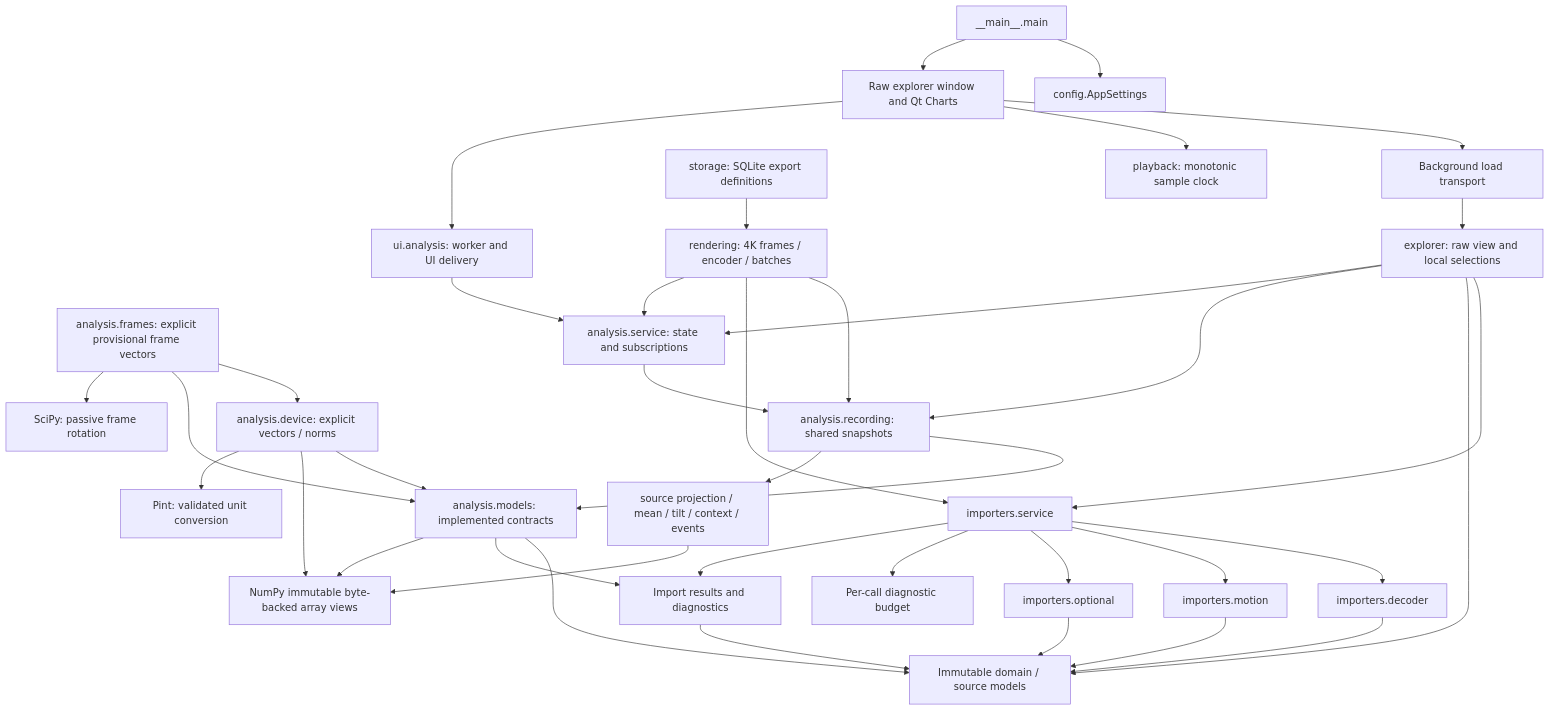
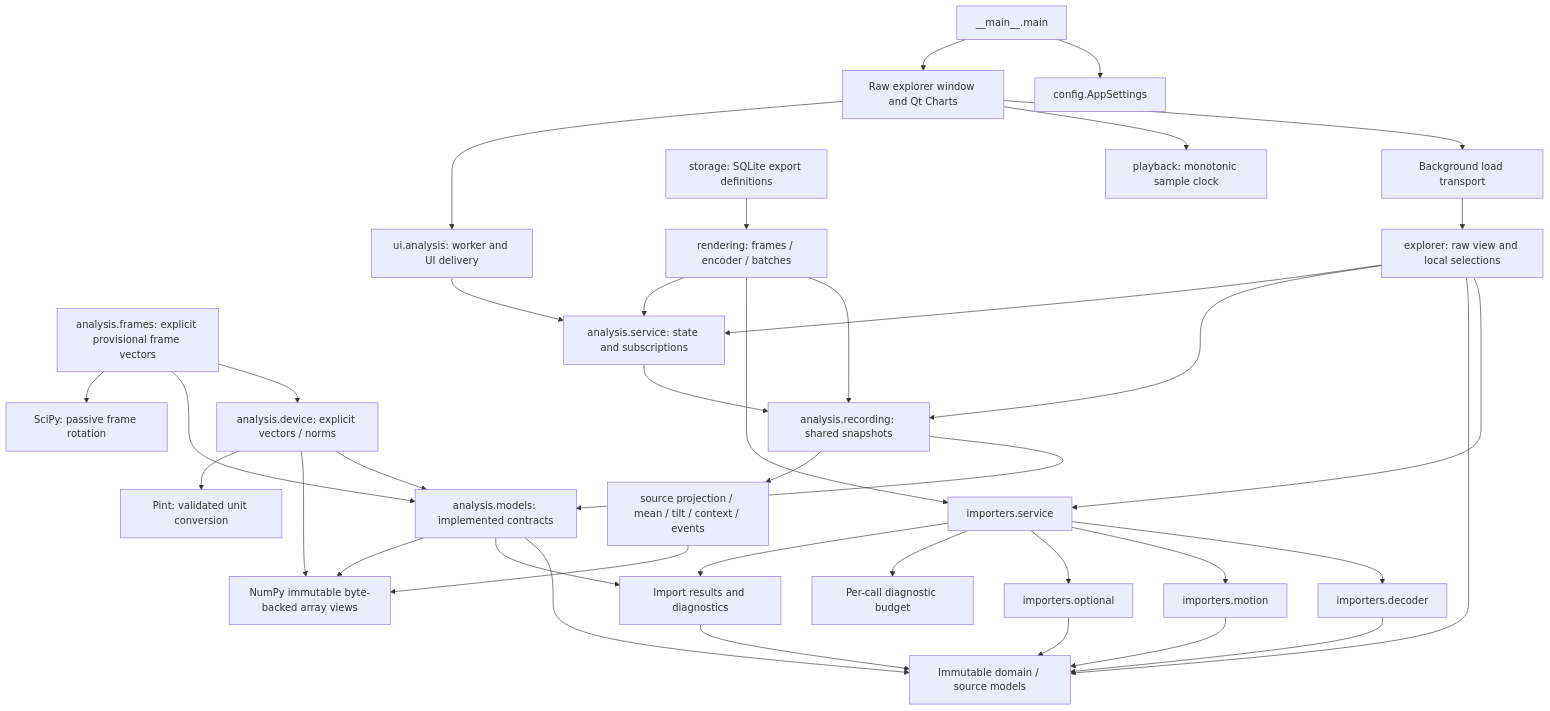
One commit to rudnerbjoern/ride-forces-analyzer changed the diagram in docs/architecture/05_building_block_view.md. Above: the diagram before and after it, drawn with Mermaid. The commit also changed other lines of this file and 46 other files, not shown here.

First line of the commit message:
:zap: perf(rendering): export native HUD frames with configurable render jobs

````diff
--- a/docs/architecture/05_building_block_view.md
+++ b/docs/architecture/05_building_block_view.md
@@ -7,40 +7,40 @@
 ```mermaid
 flowchart TB
     Entry["__main__.main"] --> Settings["config.AppSettings"]
     Entry --> Qt["Raw explorer window and Qt Charts"]
     Qt --> Worker["Background load transport"]
     Worker --> Presentation["explorer: raw view and local selections"]
     Presentation --> Service
     Presentation --> Domain
     Service["importers.service"] --> Decoder["importers.decoder"]
     Service --> Motion["importers.motion"]
     Service --> Optional["importers.optional"]
     Service --> Budget["Per-call diagnostic budget"]
     Service --> Results["Import results and diagnostics"]
     Decoder --> Domain["Immutable domain / source models"]
     Motion --> Domain
     Optional --> Domain
     Results --> Domain
     Analysis["analysis.models: implemented contracts"] --> Domain
     Analysis --> Results
     Analysis --> NumPy["NumPy immutable byte-backed array views"]
     Device["analysis.device: explicit vectors / norms"] --> Analysis
     Device --> NumPy
     Device --> Pint["Pint: validated unit conversion"]
     Frames["analysis.frames: explicit provisional frame vectors"] --> Device
     Frames --> Analysis
     Frames --> SciPy["SciPy: passive frame rotation"]
     Storage["storage: SQLite export definitions"] --> Rendering
     Qt --> Playback["playback: monotonic sample clock"]
-    Rendering["rendering: 4K frames / encoder / batches"] --> Recording["analysis.recording: shared snapshots"]
+    Rendering["rendering: frames / encoder / batches"] --> Recording["analysis.recording: shared snapshots"]
     Rendering --> Service
     Rendering --> AnalysisService["analysis.service: state and subscriptions"]
     Presentation --> Recording
     Presentation --> AnalysisService
     Qt --> Adapter["ui.analysis: worker and UI delivery"]
     Adapter --> AnalysisService
     AnalysisService --> Recording
     Recording --> Analysis
     Recording --> Numerical["source projection / mean / tilt / context / events"]
     Numerical --> NumPy
 ```
````
